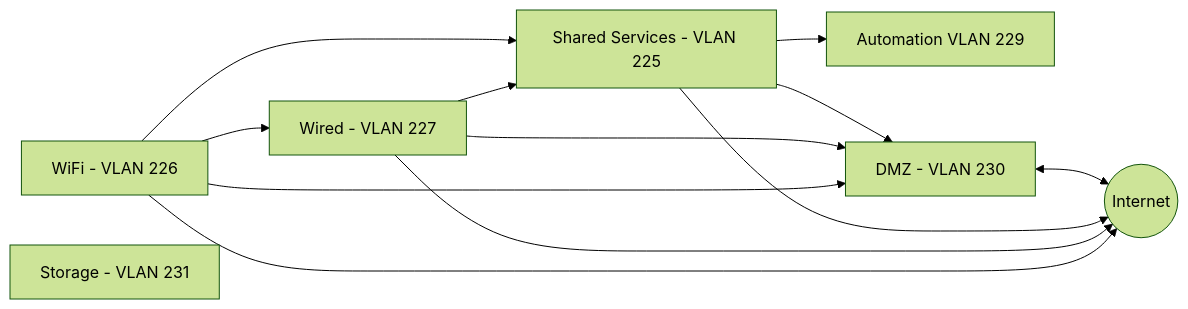
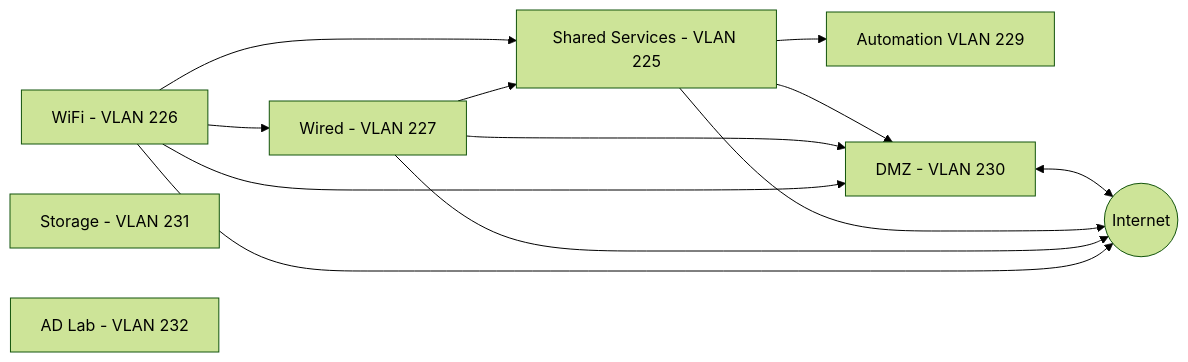
Before and after one commit to leigh-hackspace/HackspaceWiki: the second of 2 diagrams in docs/infrastructure/network_layout.md, drawn with Mermaid (forest theme). The commit also changed other lines of this file, not shown here.

````diff
--- a/docs/infrastructure/network_layout.md
+++ b/docs/infrastructure/network_layout.md
@@ -82,24 +82,25 @@
 ```mermaid
 graph LR
     INTERNET((Internet))
     SHARED[Shared Services - VLAN 225]
     WiFi[WiFi - VLAN 226]
     WIRED[Wired - VLAN 227]
     AUTOMATION[Automation VLAN 229]
     DMZ[DMZ - VLAN 230]
     STORAGE[Storage - VLAN 231]
+    ADLAB[AD Lab - VLAN 232]
 
     DMZ <--> INTERNET
     SHARED --> INTERNET
     WIRED --> INTERNET
     WiFi --> INTERNET
 
     SHARED --> DMZ
     WIRED --> DMZ
     WiFi --> DMZ
     
     WiFi --> SHARED
     WIRED --> SHARED
     WiFi --> WIRED
     SHARED --> AUTOMATION
 ```
````
